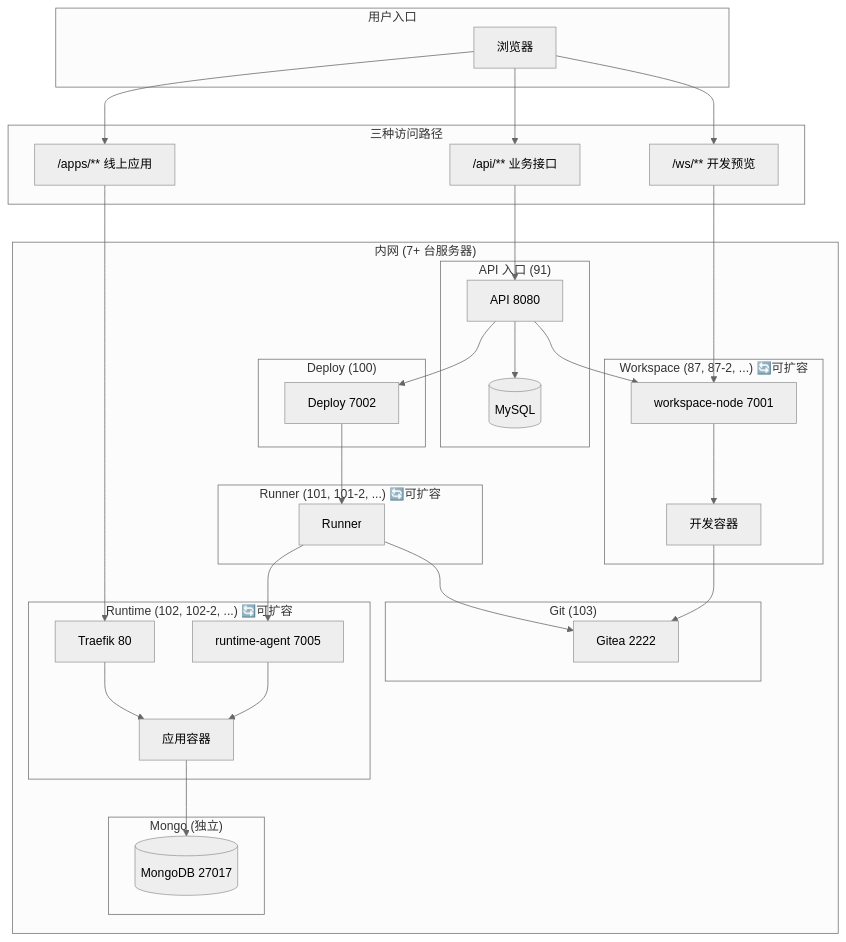
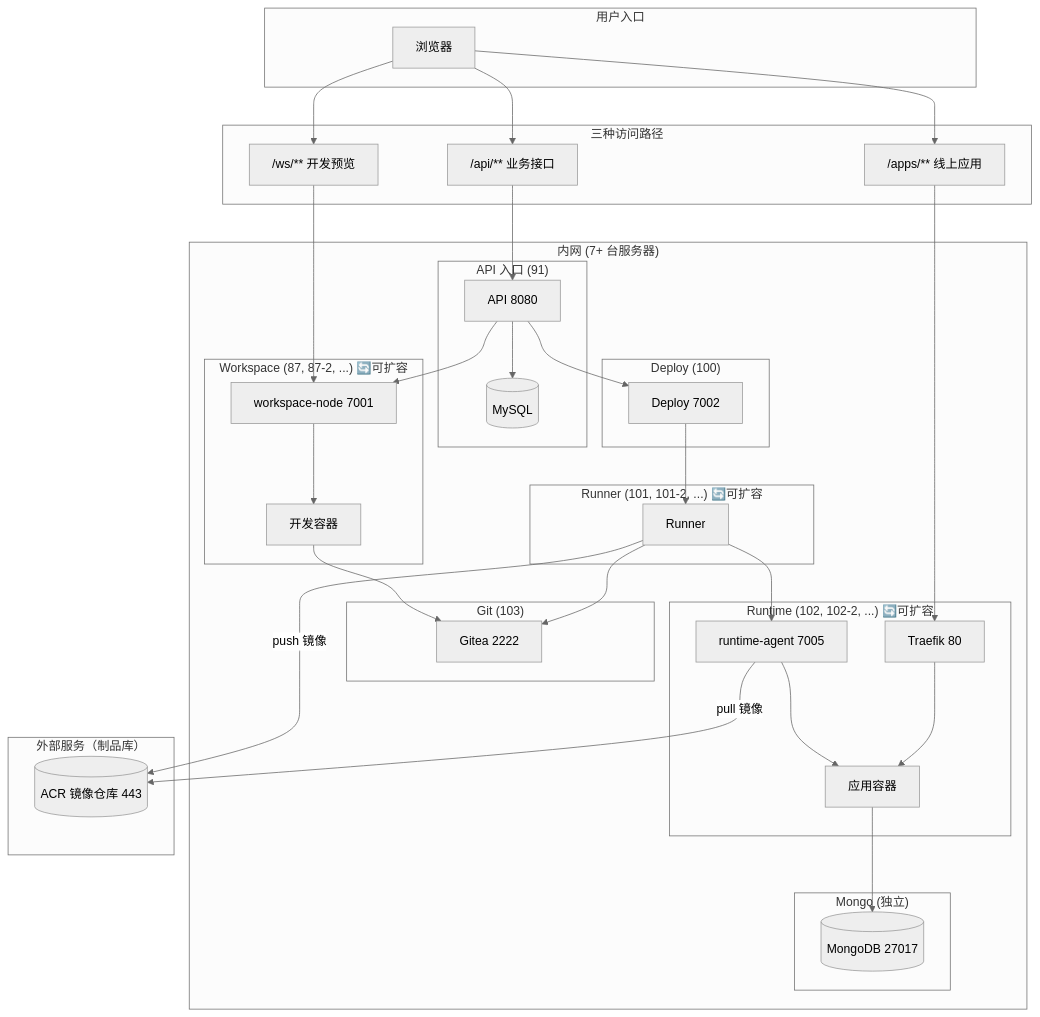
The first of 4 diagrams in src/main/resources/doc/domains/architecture/README.md (ruiAndroid/fun-ai-studio-api), drawn with Mermaid (neutral theme) before and after one commit. The commit also changed other lines of this file, not shown here.

````diff
--- a/src/main/resources/doc/domains/architecture/README.md
+++ b/src/main/resources/doc/domains/architecture/README.md
@@ -31,63 +31,69 @@
 ```mermaid
 flowchart TB
     subgraph User["用户入口"]
         Browser["浏览器"]
     end
 
     subgraph Routes["三种访问路径"]
         R1["/api/** 业务接口"]
         R2["/ws/** 开发预览"]
         R3["/apps/** 线上应用"]
     end
 
     subgraph Infra["内网 (7+ 台服务器)"]
         subgraph S91["API 入口 (91)"]
             API["API 8080"]
             MySQL[("MySQL")]
         end
 
         subgraph S87["Workspace (87, 87-2, ...) 🔄可扩容"]
             WsNode["workspace-node 7001"]
             WsCtn["开发容器"]
         end
 
         subgraph S100["Deploy (100)"]
             Deploy["Deploy 7002"]
         end
 
         subgraph S101["Runner (101, 101-2, ...) 🔄可扩容"]
             Runner["Runner"]
         end
 
         subgraph S103["Git (103)"]
             Gitea["Gitea 2222"]
         end
 
         subgraph S102["Runtime (102, 102-2, ...) 🔄可扩容"]
             Agent["runtime-agent 7005"]
             Traefik["Traefik 80"]
             AppCtn["应用容器"]
         end
 
         subgraph SMongo["Mongo (独立)"]
             MongoDB[("MongoDB 27017")]
         end
     end
 
+    subgraph Cloud["外部服务（制品库）"]
+        ACR[("ACR 镜像仓库 443")]
+    end
+
     Browser --> R1 & R2 & R3
     R1 --> API
     R2 --> WsNode --> WsCtn
     R3 --> Traefik --> AppCtn
 
     API --> MySQL
     API --> WsNode
     API --> Deploy
 
     Deploy --> Runner
     Runner --> Gitea
+    Runner -->|push 镜像| ACR
     Runner --> Agent
+    Agent -->|pull 镜像| ACR
     Agent --> AppCtn
     AppCtn --> MongoDB
 
     WsCtn --> Gitea
 ```
````
